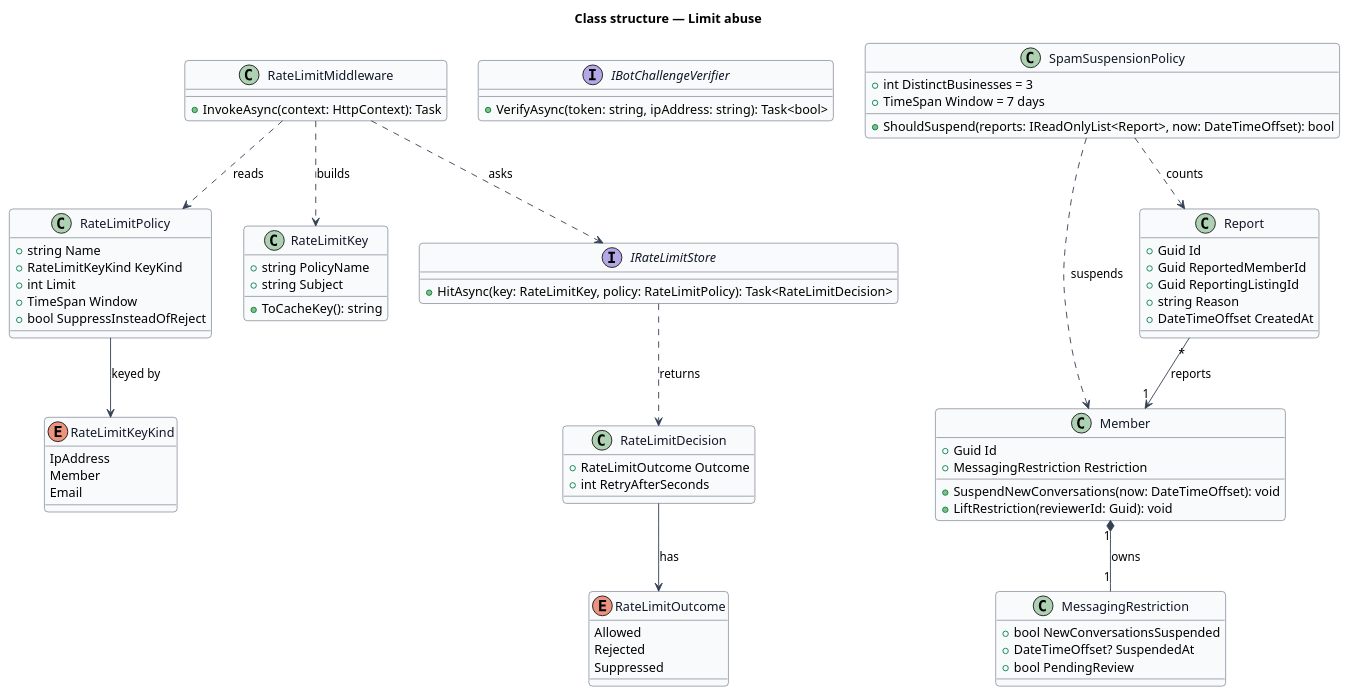
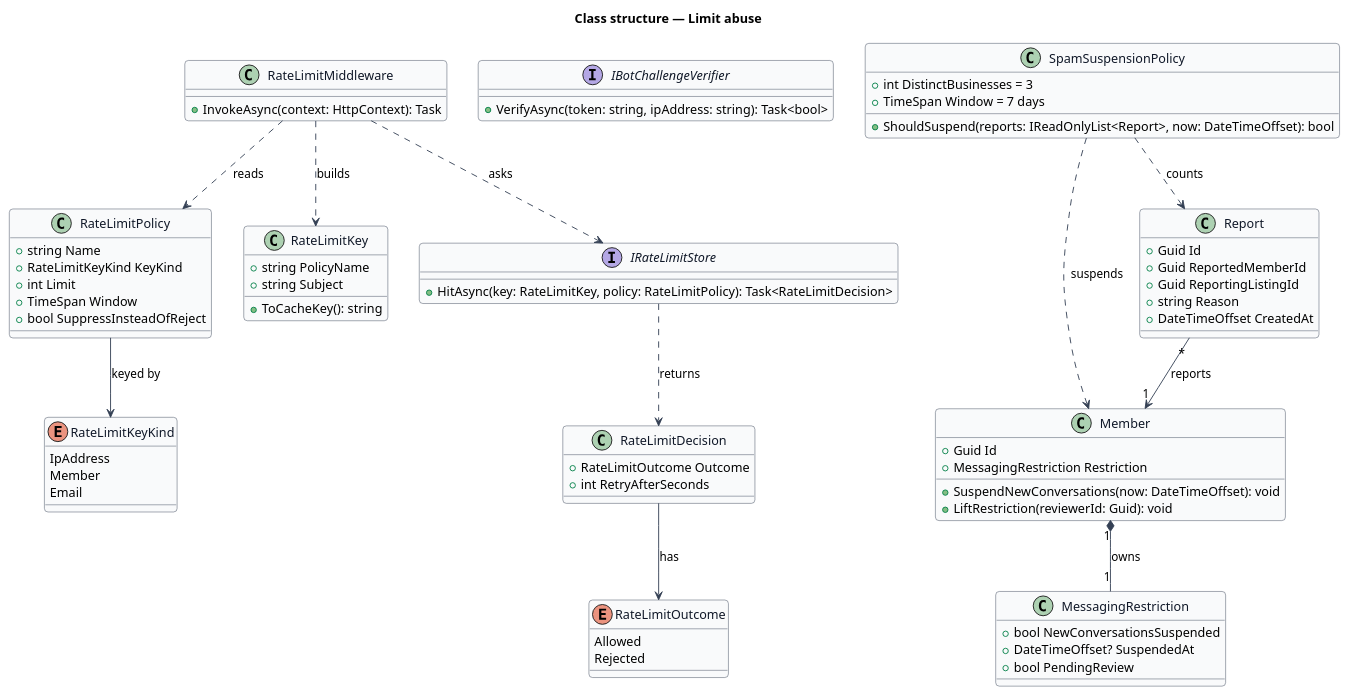
Before and after one commit to QuinntyneBrown/jubilee: the diagram in docs/detailed-designs/security/limit-abuse/diagrams/class-structure.puml, drawn with PlantUML. The commit also changed 17 other files, not shown here.

```diff
--- a/docs/detailed-designs/security/limit-abuse/diagrams/class-structure.puml
+++ b/docs/detailed-designs/security/limit-abuse/diagrams/class-structure.puml
@@ -1,96 +1,95 @@
 @startuml
 ' --- shared skin header ---
 skinparam backgroundColor #FFFFFF
 skinparam shadowing false
 skinparam roundcorner 8
 skinparam defaultFontName Arial
 skinparam ArrowColor #344054
 skinparam class {
   BorderColor #344054
   FontColor #101828
   BackgroundColor #F9FAFB
 }
 ' --------------------------
 title Class structure — Limit abuse
 
 enum RateLimitKeyKind {
   IpAddress
   Member
   Email
 }
 
 class RateLimitPolicy {
   +string Name
   +RateLimitKeyKind KeyKind
   +int Limit
   +TimeSpan Window
   +bool SuppressInsteadOfReject
 }
 
 class RateLimitKey {
   +string PolicyName
   +string Subject
   +ToCacheKey(): string
 }
 
 enum RateLimitOutcome {
   Allowed
   Rejected
-  Suppressed
 }
 
 class RateLimitDecision {
   +RateLimitOutcome Outcome
   +int RetryAfterSeconds
 }
 
 interface IRateLimitStore {
   +HitAsync(key: RateLimitKey, policy: RateLimitPolicy): Task<RateLimitDecision>
 }
 
 class RateLimitMiddleware {
   +InvokeAsync(context: HttpContext): Task
 }
 
 interface IBotChallengeVerifier {
   +VerifyAsync(token: string, ipAddress: string): Task<bool>
 }
 
 class Member {
   +Guid Id
   +MessagingRestriction Restriction
   +SuspendNewConversations(now: DateTimeOffset): void
   +LiftRestriction(reviewerId: Guid): void
 }
 
 class MessagingRestriction {
   +bool NewConversationsSuspended
   +DateTimeOffset? SuspendedAt
   +bool PendingReview
 }
 
 class Report {
   +Guid Id
   +Guid ReportedMemberId
   +Guid ReportingListingId
   +string Reason
   +DateTimeOffset CreatedAt
 }
 
 class SpamSuspensionPolicy {
   +int DistinctBusinesses = 3
   +TimeSpan Window = 7 days
   +ShouldSuspend(reports: IReadOnlyList<Report>, now: DateTimeOffset): bool
 }
 
 RateLimitMiddleware ..> RateLimitPolicy : reads
 RateLimitMiddleware ..> IRateLimitStore : asks
 RateLimitMiddleware ..> RateLimitKey : builds
 IRateLimitStore ..> RateLimitDecision : returns
 RateLimitDecision --> RateLimitOutcome : has
 RateLimitPolicy --> RateLimitKeyKind : keyed by
 Member "1" *-- "1" MessagingRestriction : owns
 Report "*" --> "1" Member : reports
 SpamSuspensionPolicy ..> Report : counts
 SpamSuspensionPolicy ..> Member : suspends
 @enduml
```
